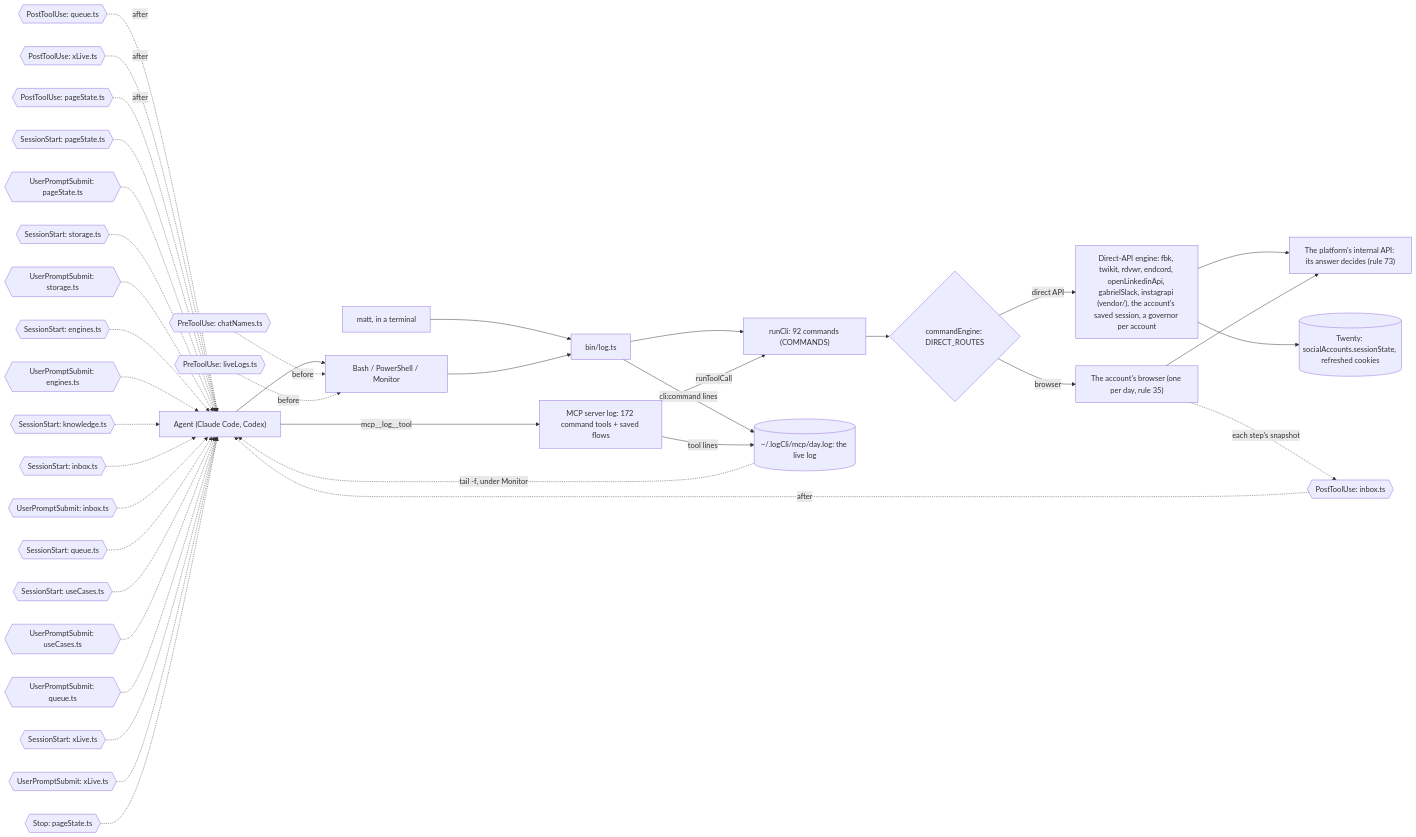
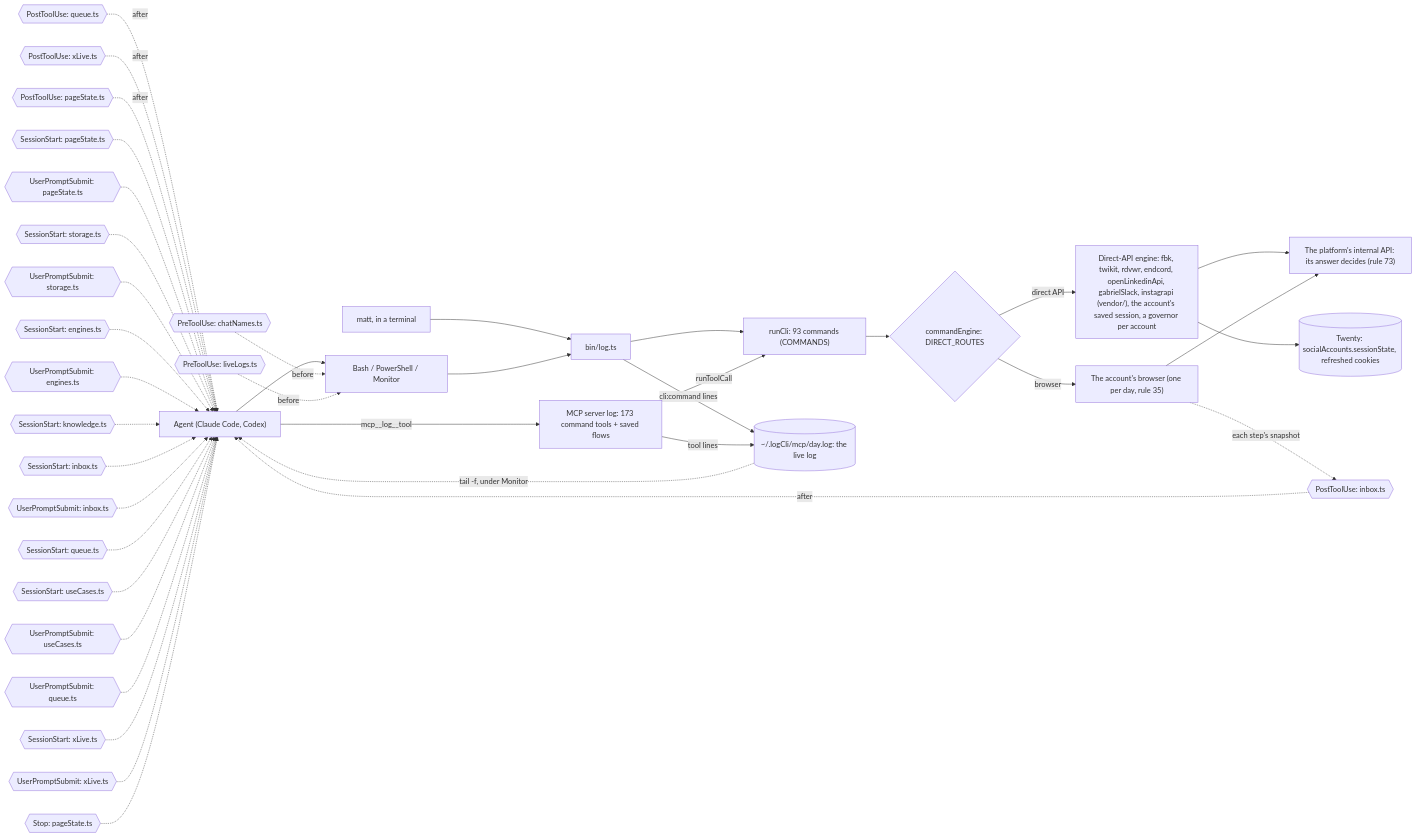
One commit to matthewdonsemail-lab/log changed the third of 6 diagrams in docs/reference.md. Above: the diagram before and after it, drawn with Mermaid. The commit also changed other lines of this file and 49 other files, not shown here.

````diff
--- a/docs/reference.md
+++ b/docs/reference.md
@@ -187,53 +187,53 @@
 ```mermaid
 flowchart LR
   agent["Agent (Claude Code, Codex)"]
   matt["matt, in a terminal"]
   shell["Bash / PowerShell / Monitor"]
-  mcp["MCP server log: 172 command tools + saved flows"]
+  mcp["MCP server log: 173 command tools + saved flows"]
   bin["bin/log.ts"]
-  runCli["runCli: 92 commands (COMMANDS)"]
+  runCli["runCli: 93 commands (COMMANDS)"]
   live[("~/.logCli/mcp/day.log: the live log")]
   engine{"commandEngine: DIRECT_ROUTES"}
   direct["Direct-API engine: fbk, twikit, rdvwr, endcord, openLinkedinApi, gabrielSlack, instagrapi (vendor/), the account's saved session, a governor per account"]
   browser["The account's browser (one per day, rule 35)"]
   api["The platform's internal API: its answer decides (rule 73)"]
   twenty[("Twenty: socialAccounts.sessionState, refreshed cookies")]
   agent --> shell
   matt --> bin
   shell --> bin
   agent -->|mcp__log__tool| mcp
   bin --> runCli
   mcp -->|runToolCall| runCli
   runCli --> engine
   engine -->|direct API| direct
   engine -->|browser| browser
   direct --> api
   browser --> api
   direct --> twenty
   bin -->|cli:command lines| live
   mcp -->|tool lines| live
   live -.->|tail -f, under Monitor| agent
   pre0{{"PreToolUse: chatNames.ts"}} -.->|before| shell
   pre1{{"PreToolUse: liveLogs.ts"}} -.->|before| shell
   post0{{"PostToolUse: inbox.ts"}} -.->|after| agent
   post1{{"PostToolUse: queue.ts"}} -.->|after| agent
   post2{{"PostToolUse: xLive.ts"}} -.->|after| agent
   post3{{"PostToolUse: pageState.ts"}} -.->|after| agent
   turn0{{"SessionStart: pageState.ts"}} -.-> agent
   turn1{{"UserPromptSubmit: pageState.ts"}} -.-> agent
   turn2{{"SessionStart: storage.ts"}} -.-> agent
   turn3{{"UserPromptSubmit: storage.ts"}} -.-> agent
   turn4{{"SessionStart: engines.ts"}} -.-> agent
   turn5{{"UserPromptSubmit: engines.ts"}} -.-> agent
   turn6{{"SessionStart: knowledge.ts"}} -.-> agent
   turn7{{"SessionStart: inbox.ts"}} -.-> agent
   turn8{{"UserPromptSubmit: inbox.ts"}} -.-> agent
   turn9{{"SessionStart: queue.ts"}} -.-> agent
   turn10{{"SessionStart: useCases.ts"}} -.-> agent
   turn11{{"UserPromptSubmit: useCases.ts"}} -.-> agent
   turn12{{"UserPromptSubmit: queue.ts"}} -.-> agent
   turn13{{"SessionStart: xLive.ts"}} -.-> agent
   turn14{{"UserPromptSubmit: xLive.ts"}} -.-> agent
   turn15{{"Stop: pageState.ts"}} -.-> agent
   browser -.->|each step's snapshot| post0
 ```
````
